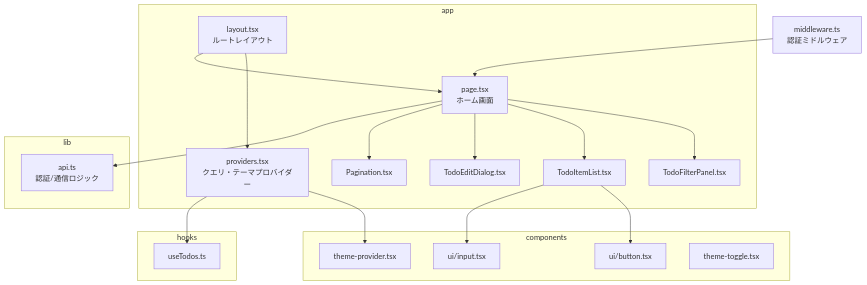
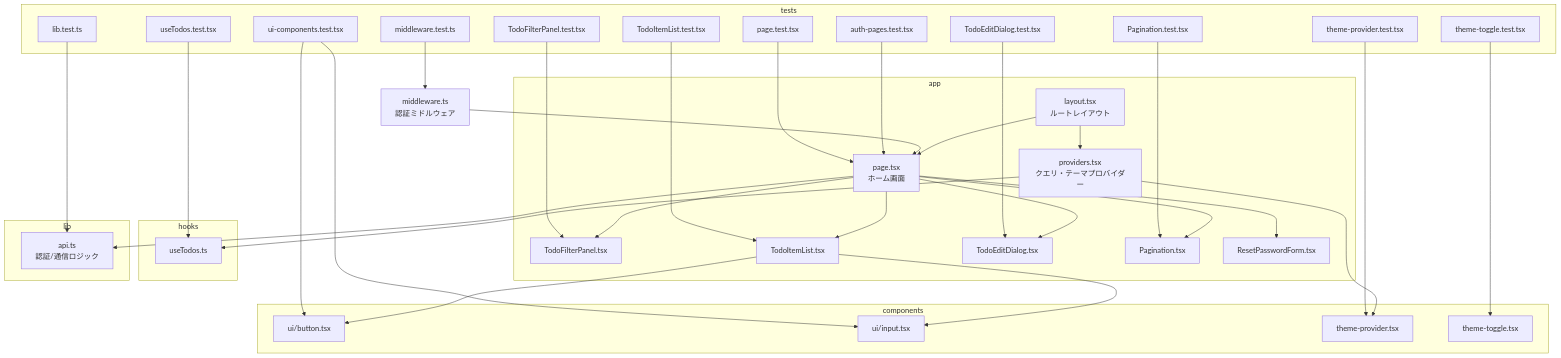
One commit to ss8806/Todos changed the first of 9 diagrams in .qoder/repowiki/ja/content/フロントエンドアーキテクチャ/フロントエンドアーキテクチャ.md. Above: the diagram before and after it, drawn with Mermaid. The commit also changed other lines of this file and 35 other files, not shown here.

````diff
--- a/.qoder/repowiki/ja/content/フロントエンドアーキテクチャ/フロントエンドアーキテクチャ.md
+++ b/.qoder/repowiki/ja/content/フロントエンドアーキテクチャ/フロントエンドアーキテクチャ.md
@@ -44,37 +69,66 @@
 ```mermaid
 graph TB
 subgraph "app"
 L["layout.tsx<br/>ルートレイアウト"]
 P["providers.tsx<br/>クエリ・テーマプロバイダー"]
 H["page.tsx<br/>ホーム画面"]
 C1["TodoFilterPanel.tsx"]
 C2["TodoItemList.tsx"]
 C3["TodoEditDialog.tsx"]
 C4["Pagination.tsx"]
+RP["ResetPasswordForm.tsx"]
 end
 subgraph "components"
 U1["ui/button.tsx"]
 U2["ui/input.tsx"]
 TP["theme-provider.tsx"]
 TT["theme-toggle.tsx"]
 end
 subgraph "hooks"
 HT["useTodos.ts"]
 end
 subgraph "lib"
 API["api.ts<br/>認証/通信ロジック"]
 end
+subgraph "tests"
+T1["Pagination.test.tsx"]
+T2["TodoEditDialog.test.tsx"]
+T3["TodoFilterPanel.test.tsx"]
+T4["TodoItemList.test.tsx"]
+T5["auth-pages.test.tsx"]
+T6["lib.test.ts"]
+T7["middleware.test.ts"]
+T8["page.test.tsx"]
+T9["theme-provider.test.tsx"]
+T10["theme-toggle.test.tsx"]
+T11["ui-components.test.tsx"]
+T12["useTodos.test.tsx"]
+end
 M["middleware.ts<br/>認証ミドルウェア"]
 L --> P
 L --> H
 H --> C1
 H --> C2
 H --> C3
 H --> C4
+H --> RP
 C2 --> U1
 C2 --> U2
 P --> TP
 P --> HT
 H --> API
 M --> H
+T1 --> C4
+T2 --> C3
+T3 --> C1
+T4 --> C2
+T5 --> H
+T6 --> API
+T7 --> M
+T8 --> H
+T9 --> TP
+T10 --> TT
+T11 --> U1
+T11 --> U2
+T12 --> HT
 ```
````
